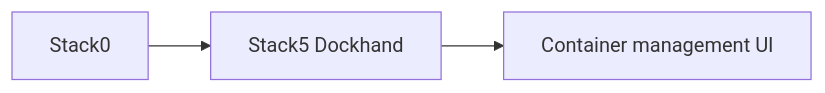
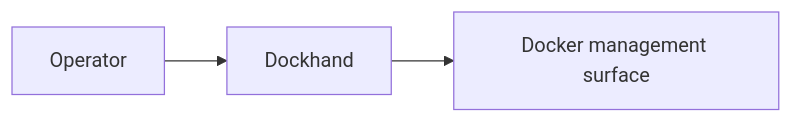
The diagram in stack5_-_dockhand/README.md (ea1het/local_hybrid_ai), drawn with Mermaid before and after one commit. The commit also changed other lines of this file and 11 other files, not shown here.

Commit message:
Simplify canonical documentation with Mermaid architecture

````diff
--- a/stack5_-_dockhand/README.md
+++ b/stack5_-_dockhand/README.md
@@ -7,5 +5,5 @@
 ```mermaid
 flowchart LR
-  S0[Stack0] --> S5[Stack5 Dockhand]
-  S5 --> D[Container management UI]
+    Operator --> Dockhand
+    Dockhand --> Docker[Docker management surface]
 ```
````
